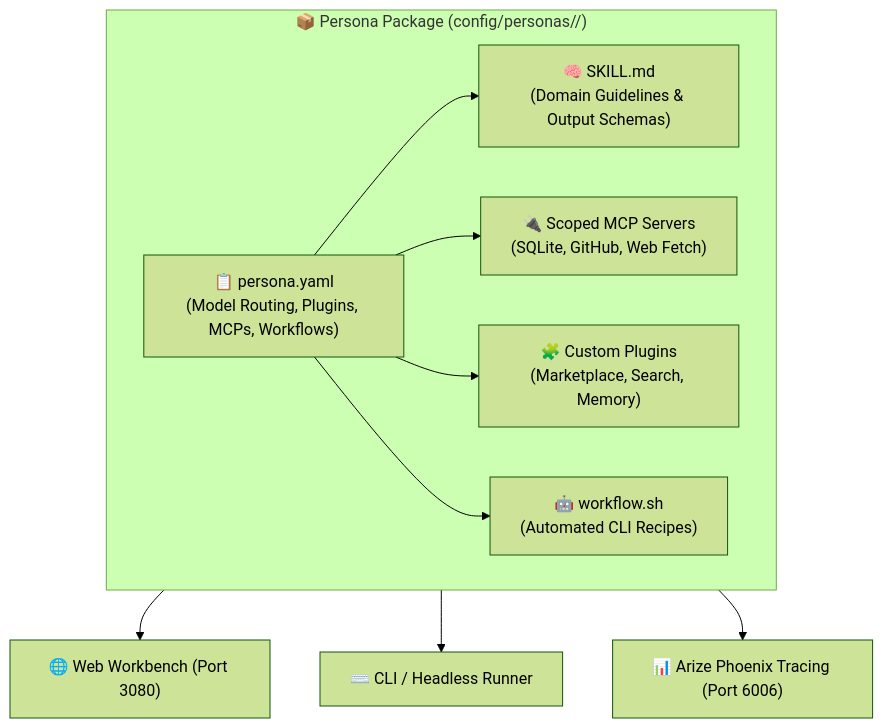
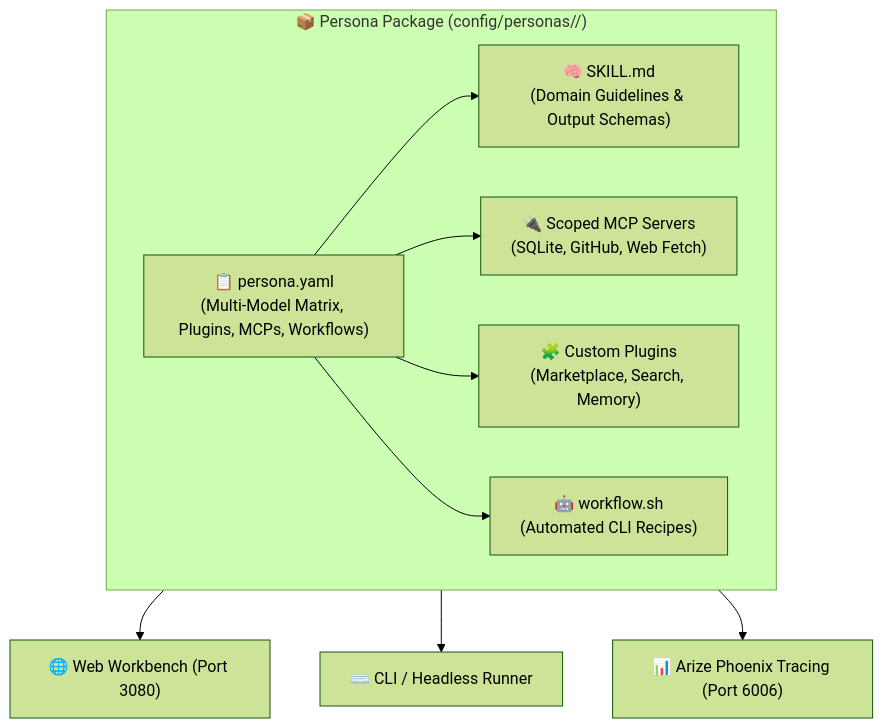
Before and after one commit to hdjebar/DSH-DDS: the diagram in docs/personas.md, drawn with Mermaid (forest theme). The commit also changed other lines of this file and 16 other files, not shown here.

Commit message:
feat: upgrade personas to Multi-Model Task Routing Matrix (assigning optimal models per task type)

````diff
--- a/docs/personas.md
+++ b/docs/personas.md
@@ -14,19 +14,19 @@
 ```mermaid
 flowchart TD
     subgraph Package ["📦 Persona Package (config/personas/<name>/)"]
-        MANIFEST["📋 persona.yaml\n(Model Routing, Plugins, MCPs, Workflows)"]
+        MANIFEST["📋 persona.yaml\n(Multi-Model Matrix, Plugins, MCPs, Workflows)"]
         SKILL["🧠 SKILL.md\n(Domain Guidelines & Output Schemas)"]
         WORKFLOW["🤖 workflow.sh\n(Automated CLI Recipes)"]
         MCPS["🔌 Scoped MCP Servers\n(SQLite, GitHub, Web Fetch)"]
         PLUGS["🧩 Custom Plugins\n(Marketplace, Search, Memory)"]
     end
 
     MANIFEST --> SKILL
     MANIFEST --> MCPS
     MANIFEST --> PLUGS
     MANIFEST --> WORKFLOW
     
     Package --> WEB["🌐 Web Workbench (Port 3080)"]
     Package --> CLI["⌨️ CLI / Headless Runner"]
     Package --> PHOENIX["📊 Arize Phoenix Tracing (Port 6006)"]
 ```
````
